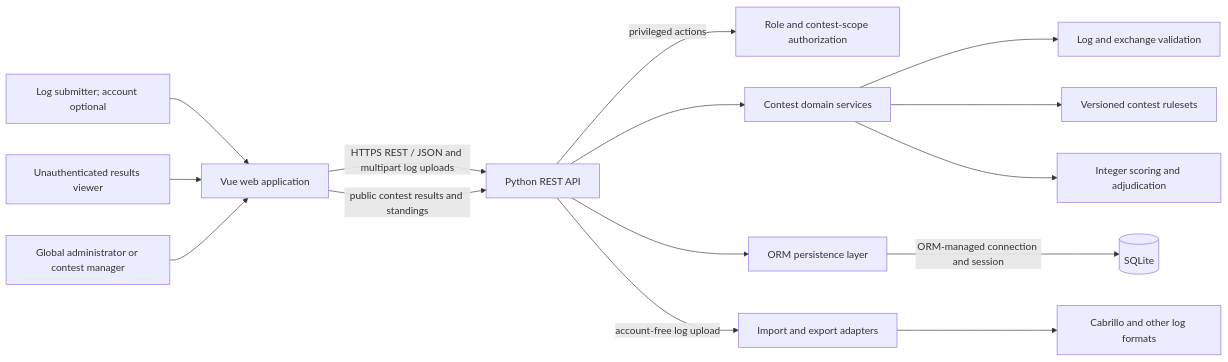
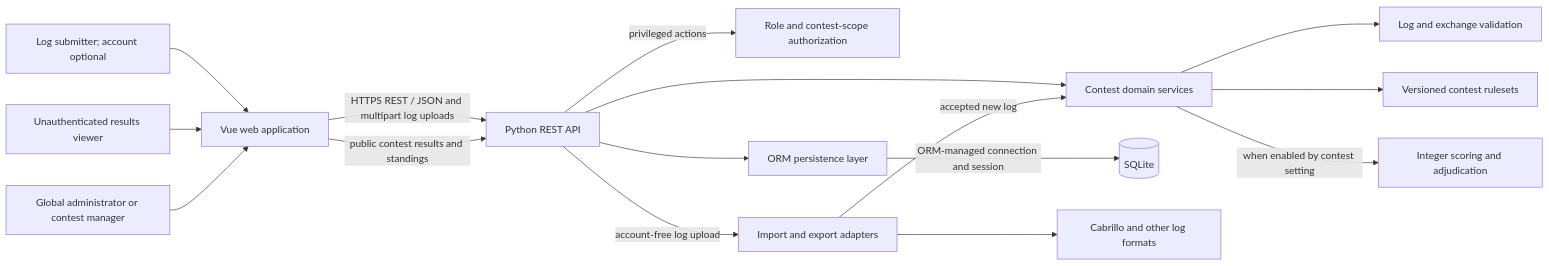
One commit to ea7klk/contestmaster changed the first of 2 diagrams in documentation/README.md. Above: the diagram before and after it, drawn with Mermaid. The commit also changed other lines of this file, not shown here.

Commit message:
Document per-contest automatic result recalculation

````diff
--- a/documentation/README.md
+++ b/documentation/README.md
@@ -49,17 +49,18 @@
 ```mermaid
 flowchart LR
     Participant[Log submitter; account optional] --> Web[Vue web application]
     Visitor[Unauthenticated results viewer] --> Web
     PrivilegedUser[Global administrator or contest manager] --> Web
     Web -->|HTTPS REST / JSON and multipart log uploads| API[Python REST API]
     Web -->|public contest results and standings| API
     API -->|privileged actions| Auth[Role and contest-scope authorization]
     API --> Domain[Contest domain services]
     Domain --> Validation[Log and exchange validation]
     Domain --> Rules[Versioned contest rulesets]
-    Domain --> Scoring[Integer scoring and adjudication]
+    Domain -->|when enabled by contest setting| Scoring[Integer scoring and adjudication]
     API --> Store[ORM persistence layer]
     Store -->|ORM-managed connection and session| DB[(SQLite)]
     API -->|account-free log upload| Adapters[Import and export adapters]
+    Adapters -->|accepted new log| Domain
     Adapters --> Formats[Cabrillo and other log formats]
 ```
````
